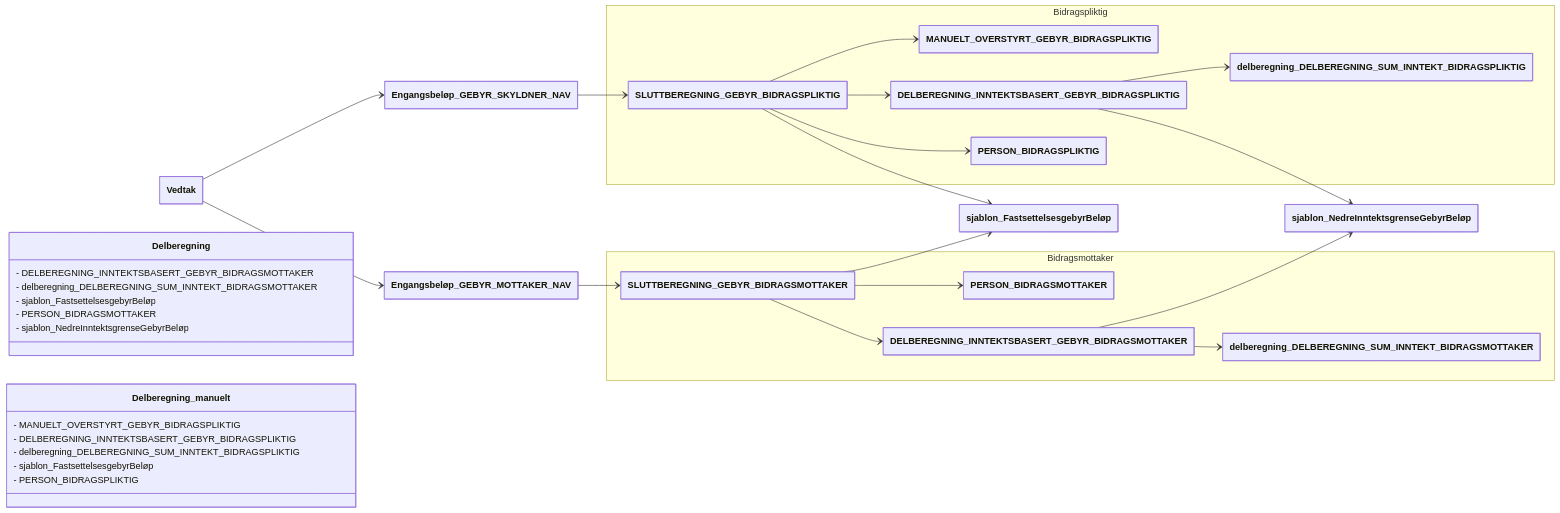
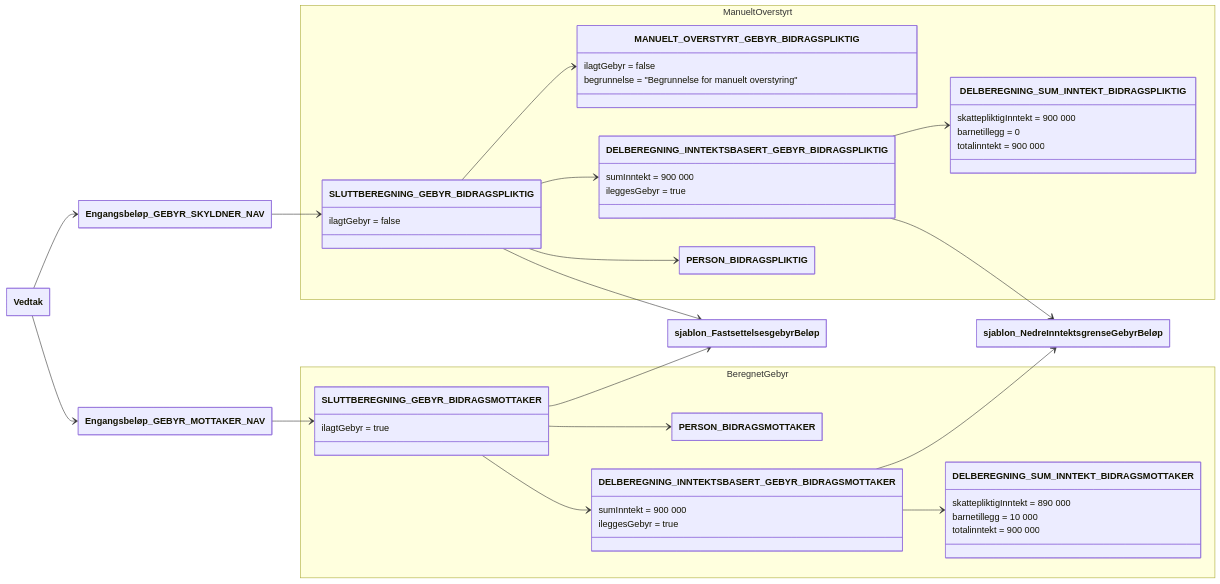
Before and after one commit to navikt/bidrag-dokumentasjon: the diagram in bidrag/sluttberegning_gebyr.mermaid, drawn with Mermaid.

Commit message:
Dokumentasjon

```diff
--- a/bidrag/sluttberegning_gebyr.mermaid
+++ b/bidrag/sluttberegning_gebyr.mermaid
@@ -1,76 +1,72 @@
 ---
 config:
   class:
     hideEmptyMembersBox: true
 ---
 
 classDiagram
     direction LR
     class Vedtak
-    class Engangsbeløp_GEBYR_SKYLDNER_NAV {
-    }
-    class Engangsbeløp_GEBYR_MOTTAKER_NAV {
-    }
-    namespace Bidragspliktig {
+    class Engangsbeløp_GEBYR_SKYLDNER_NAV
+    class Engangsbeløp_GEBYR_MOTTAKER_NAV
+    class sjablon_FastsettelsesgebyrBeløp
+    class sjablon_NedreInntektsgrenseGebyrBeløp
+
+    namespace ManueltOverstyrt {
         class SLUTTBEREGNING_GEBYR_BIDRAGSPLIKTIG {
+            ilagtGebyr = false
         }
         class MANUELT_OVERSTYRT_GEBYR_BIDRAGSPLIKTIG {
+            ilagtGebyr = false
+            begrunnelse = "Begrunnelse for manuelt overstyring"
         }
         class DELBEREGNING_INNTEKTSBASERT_GEBYR_BIDRAGSPLIKTIG {
+            sumInntekt = 900 000
+            ileggesGebyr = true
         }
-        class delberegning_DELBEREGNING_SUM_INNTEKT_BIDRAGSPLIKTIG {
+        class DELBEREGNING_SUM_INNTEKT_BIDRAGSPLIKTIG {
+            skattepliktigInntekt = 900 000
+            barnetillegg = 0
+            totalinntekt = 900 000
         }
-        class PERSON_BIDRAGSPLIKTIG {
-        }
+        class PERSON_BIDRAGSPLIKTIG
     }
-    namespace Bidragsmottaker {
-        class PERSON_BIDRAGSMOTTAKER {
-        }
-        class SLUTTBEREGNING_GEBYR_BIDRAGSMOTTAKER {
+    namespace BeregnetGebyr {
+        class PERSON_BIDRAGSMOTTAKER
+        class SLUTTBEREGNING_GEBYR_BIDRAGSMOTTAKER  {
+            ilagtGebyr = true
         }
         class DELBEREGNING_INNTEKTSBASERT_GEBYR_BIDRAGSMOTTAKER {
+            sumInntekt = 900 000
+            ileggesGebyr = true
         }
-        class delberegning_DELBEREGNING_SUM_INNTEKT_BIDRAGSMOTTAKER {
+        class DELBEREGNING_SUM_INNTEKT_BIDRAGSMOTTAKER {
+            skattepliktigInntekt = 890 000
+            barnetillegg = 10 000
+            totalinntekt = 900 000
         }
     }
 
-    class sjablon_FastsettelsesgebyrBeløp {
-    }
-
-    class sjablon_NedreInntektsgrenseGebyrBeløp {
-    }
 
     Vedtak --> Engangsbeløp_GEBYR_SKYLDNER_NAV
     Engangsbeløp_GEBYR_SKYLDNER_NAV --> SLUTTBEREGNING_GEBYR_BIDRAGSPLIKTIG
-    Vedtak --> Engangsbeløp_GEBYR_MOTTAKER_NAV
-    Engangsbeløp_GEBYR_MOTTAKER_NAV --> SLUTTBEREGNING_GEBYR_BIDRAGSMOTTAKER
-
-    class Delberegning {
-    }
-    Delberegning: - DELBEREGNING_INNTEKTSBASERT_GEBYR_BIDRAGSMOTTAKER
-    Delberegning: - delberegning_DELBEREGNING_SUM_INNTEKT_BIDRAGSMOTTAKER
-    Delberegning: - sjablon_FastsettelsesgebyrBeløp
-    Delberegning: - PERSON_BIDRAGSMOTTAKER
-    Delberegning: - sjablon_NedreInntektsgrenseGebyrBeløp
-
-    class Delberegning_manuelt {
-    }
-    Delberegning_manuelt: - MANUELT_OVERSTYRT_GEBYR_BIDRAGSPLIKTIG
-    Delberegning_manuelt: - DELBEREGNING_INNTEKTSBASERT_GEBYR_BIDRAGSPLIKTIG
-    Delberegning_manuelt: - delberegning_DELBEREGNING_SUM_INNTEKT_BIDRAGSPLIKTIG
-    Delberegning_manuelt: - sjablon_FastsettelsesgebyrBeløp
-    Delberegning_manuelt: - PERSON_BIDRAGSPLIKTIG
-    SLUTTBEREGNING_GEBYR_BIDRAGSMOTTAKER --> DELBEREGNING_INNTEKTSBASERT_GEBYR_BIDRAGSMOTTAKER
-    DELBEREGNING_INNTEKTSBASERT_GEBYR_BIDRAGSMOTTAKER --> delberegning_DELBEREGNING_SUM_INNTEKT_BIDRAGSMOTTAKER
-    SLUTTBEREGNING_GEBYR_BIDRAGSMOTTAKER --> sjablon_FastsettelsesgebyrBeløp
-    SLUTTBEREGNING_GEBYR_BIDRAGSMOTTAKER --> PERSON_BIDRAGSMOTTAKER
-    DELBEREGNING_INNTEKTSBASERT_GEBYR_BIDRAGSMOTTAKER --> sjablon_NedreInntektsgrenseGebyrBeløp
     SLUTTBEREGNING_GEBYR_BIDRAGSPLIKTIG --> MANUELT_OVERSTYRT_GEBYR_BIDRAGSPLIKTIG
     SLUTTBEREGNING_GEBYR_BIDRAGSPLIKTIG --> DELBEREGNING_INNTEKTSBASERT_GEBYR_BIDRAGSPLIKTIG
-    DELBEREGNING_INNTEKTSBASERT_GEBYR_BIDRAGSPLIKTIG --> delberegning_DELBEREGNING_SUM_INNTEKT_BIDRAGSPLIKTIG
+    DELBEREGNING_INNTEKTSBASERT_GEBYR_BIDRAGSPLIKTIG --> DELBEREGNING_SUM_INNTEKT_BIDRAGSPLIKTIG
     SLUTTBEREGNING_GEBYR_BIDRAGSPLIKTIG --> sjablon_FastsettelsesgebyrBeløp
     SLUTTBEREGNING_GEBYR_BIDRAGSPLIKTIG --> PERSON_BIDRAGSPLIKTIG
     DELBEREGNING_INNTEKTSBASERT_GEBYR_BIDRAGSPLIKTIG --> sjablon_NedreInntektsgrenseGebyrBeløp
 
+    Vedtak --> Engangsbeløp_GEBYR_MOTTAKER_NAV
+    Engangsbeløp_GEBYR_MOTTAKER_NAV --> SLUTTBEREGNING_GEBYR_BIDRAGSMOTTAKER
+    SLUTTBEREGNING_GEBYR_BIDRAGSMOTTAKER --> DELBEREGNING_INNTEKTSBASERT_GEBYR_BIDRAGSMOTTAKER
+    DELBEREGNING_INNTEKTSBASERT_GEBYR_BIDRAGSMOTTAKER --> DELBEREGNING_SUM_INNTEKT_BIDRAGSMOTTAKER
+    SLUTTBEREGNING_GEBYR_BIDRAGSMOTTAKER --> sjablon_FastsettelsesgebyrBeløp
+    SLUTTBEREGNING_GEBYR_BIDRAGSMOTTAKER --> PERSON_BIDRAGSMOTTAKER
+    DELBEREGNING_INNTEKTSBASERT_GEBYR_BIDRAGSMOTTAKER --> sjablon_NedreInntektsgrenseGebyrBeløp
+
+
+
 
 click SLUTTBEREGNING_GEBYR_BIDRAGSPLIKTIG call visGrunnlag("grunnlagsobjekter/gebyr/sluttberegning_gebyr.md")
+click SLUTTBEREGNING_GEBYR_BIDRAGSMOTTAKER call visGrunnlag("grunnlagsobjekter/gebyr/sluttberegning_gebyr.md")
```
